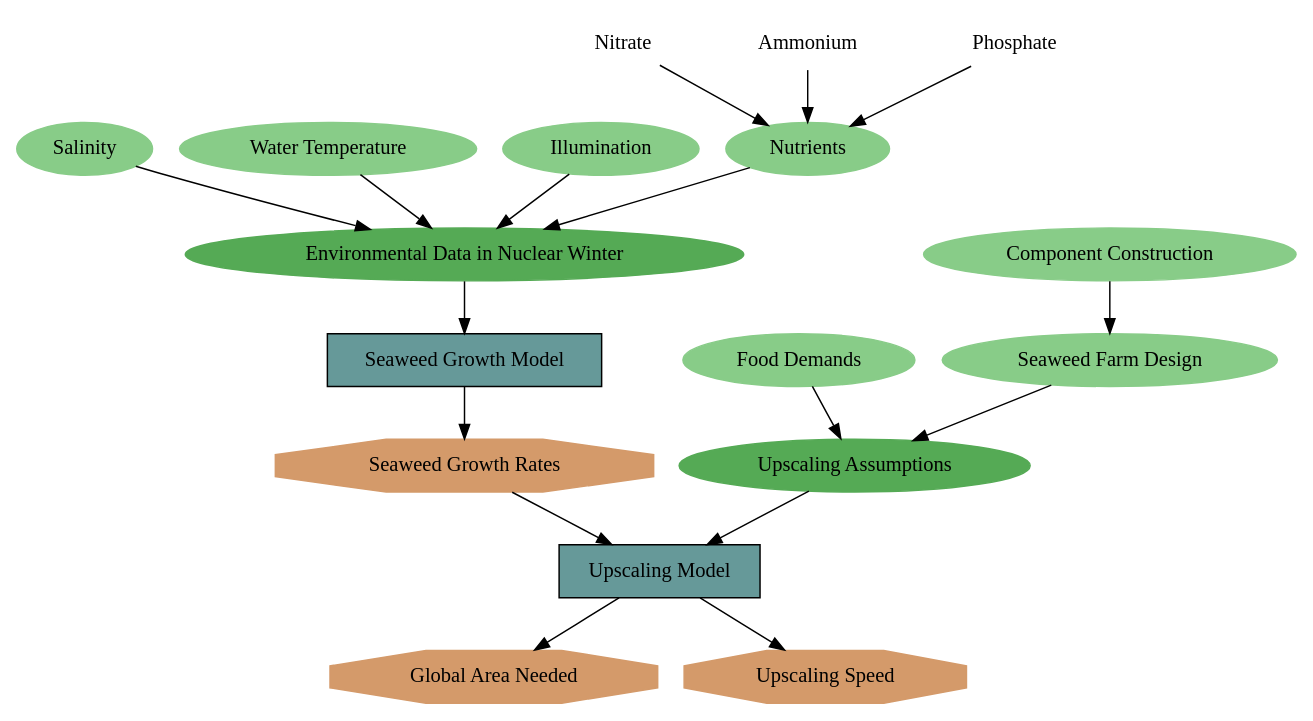
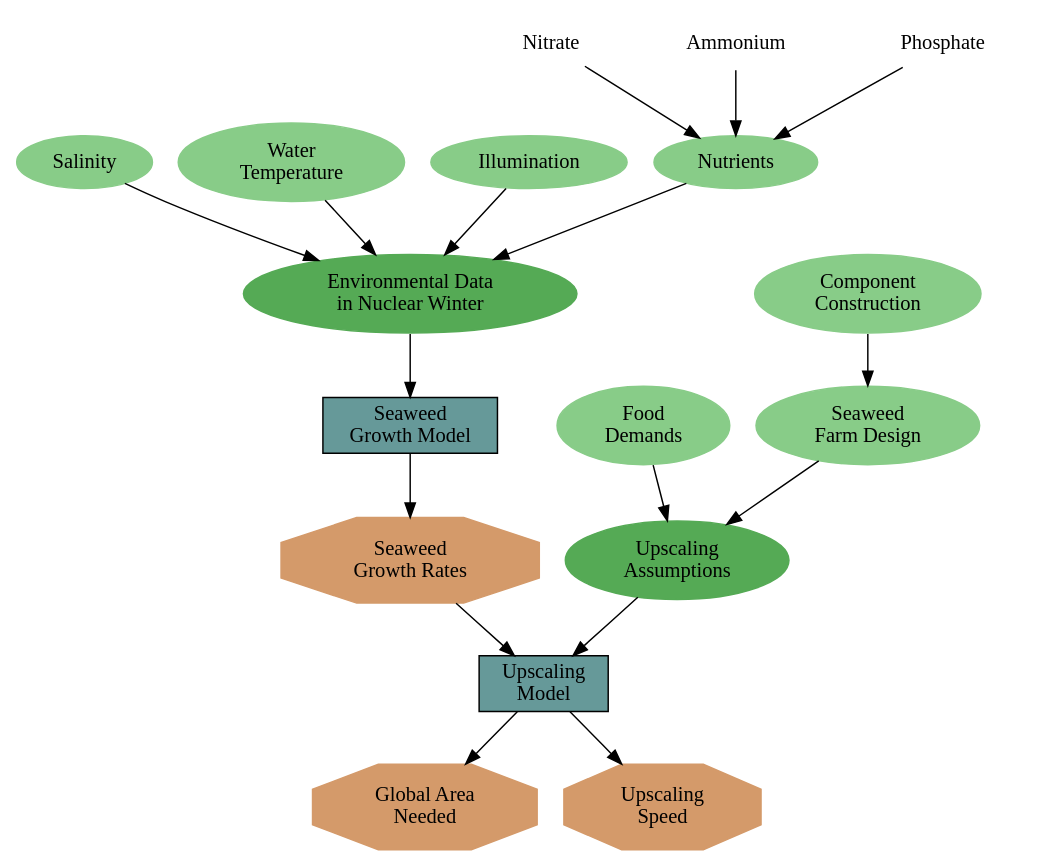
One commit to allfed/Seaweed-Growth-Model changed the diagram in results/model_description/structure.dot. Above: the diagram before and after it, drawn with Graphviz. The commit also changed 2 other files, not shown here.

Commit message:
Restructured figure

```diff
--- a/results/model_description/structure.dot
+++ b/results/model_description/structure.dot
@@ -1,58 +1,58 @@
 digraph ModelOverview{
     // Inputs for the model
     salinity [label="Salinity", style="filled", color="#88CC88"];
-    temperature [label="Water Temperature", style="filled", color="#88CC88"];
+    temperature [label="Water\nTemperature", style="filled", color="#88CC88"];
     illumination [label="Illumination", style="filled", color="#88CC88"];
     nutrients [label="Nutrients", style="filled", color="#88CC88"];
     // link nutrients
     nitrate [label="Nitrate",style="filled", color="white"];
     ammonium [label="Ammonium",style="filled", color="white"];
     phosphate [label="Phosphate",style="filled", color="white"];
     // link nutrients to nutrients
     nitrate -> nutrients
     ammonium -> nutrients
     phosphate -> nutrients
 
-    env_data [label="Environmental Data in Nuclear Winter", style="filled",color="#55AA55"];
+    env_data [label="Environmental Data\nin Nuclear Winter", style="filled",color="#55AA55"];
     // link env_data to nutrients
     nutrients -> env_data;
     illumination -> env_data;
     temperature -> env_data;
     salinity -> env_data;
 
     // link env_data to the model
-    model_growth [label="Seaweed Growth Model", shape=box, style="filled", fillcolor="#669999"];
+    model_growth [label="Seaweed\nGrowth Model", shape=box, style="filled", fillcolor="#669999"];
     env_data -> model_growth;
 
     // Outputs of the model
-    growth [label="Seaweed Growth Rates", shape=octagon, color="#D49A6A", style="filled"];
+    growth [label="Seaweed\nGrowth Rates", shape=octagon, color="#D49A6A", style="filled"];
     // link growth to model
     model_growth -> growth;
 
     // link growth to upscaling model
-    upscaling_model [label="Upscaling Model", shape=box, style="filled", fillcolor="#669999"];
+    upscaling_model [label="Upscaling\nModel", shape=box, style="filled", fillcolor="#669999"];
     growth -> upscaling_model;
 
     // add additional data for the upscaling model
-    food_demands [label="Food Demands", style="filled", color="#88CC88"];
-    farm_design [label="Seaweed Farm Design", style="filled", color="#88CC88"];
-    comp_prod [label="Component Construction", style="filled", color="#88CC88"];
-    assumptions [label="Upscaling Assumptions", style="filled",color="#55AA55"];
+    food_demands [label="Food\nDemands", style="filled", color="#88CC88"];
+    farm_design [label="Seaweed\nFarm Design", style="filled", color="#88CC88"];
+    comp_prod [label="Component\nConstruction", style="filled", color="#88CC88"];
+    assumptions [label="Upscaling\nAssumptions", style="filled",color="#55AA55"];
     food_demands -> assumptions;
     farm_design -> assumptions;
     comp_prod -> farm_design;
     assumptions -> upscaling_model;
 
     // link upscaling model to the output
-    area_needed [label="Global Area Needed", shape=octagon, color="#D49A6A", style="filled"];
+    area_needed [label="Global Area\nNeeded", shape=octagon, color="#D49A6A", style="filled"];
     upscaling_model -> area_needed;
-    upscaling_speed [label="Upscaling Speed", shape=octagon, color="#D49A6A", style="filled"];
+    upscaling_speed [label="Upscaling\nSpeed", shape=octagon, color="#D49A6A", style="filled"];
     upscaling_model -> upscaling_speed;
 
 
 
 
 
 
 
 }
```
